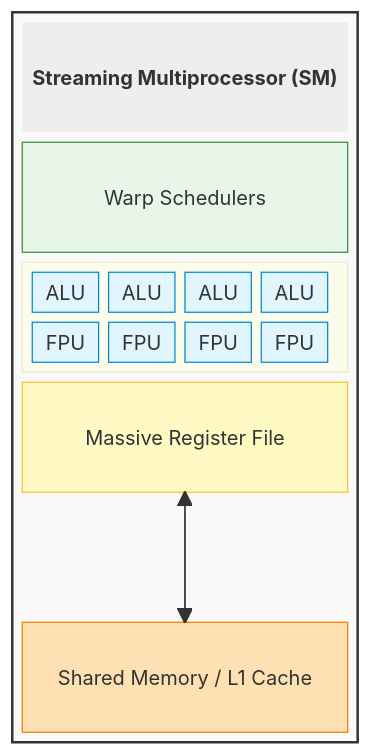
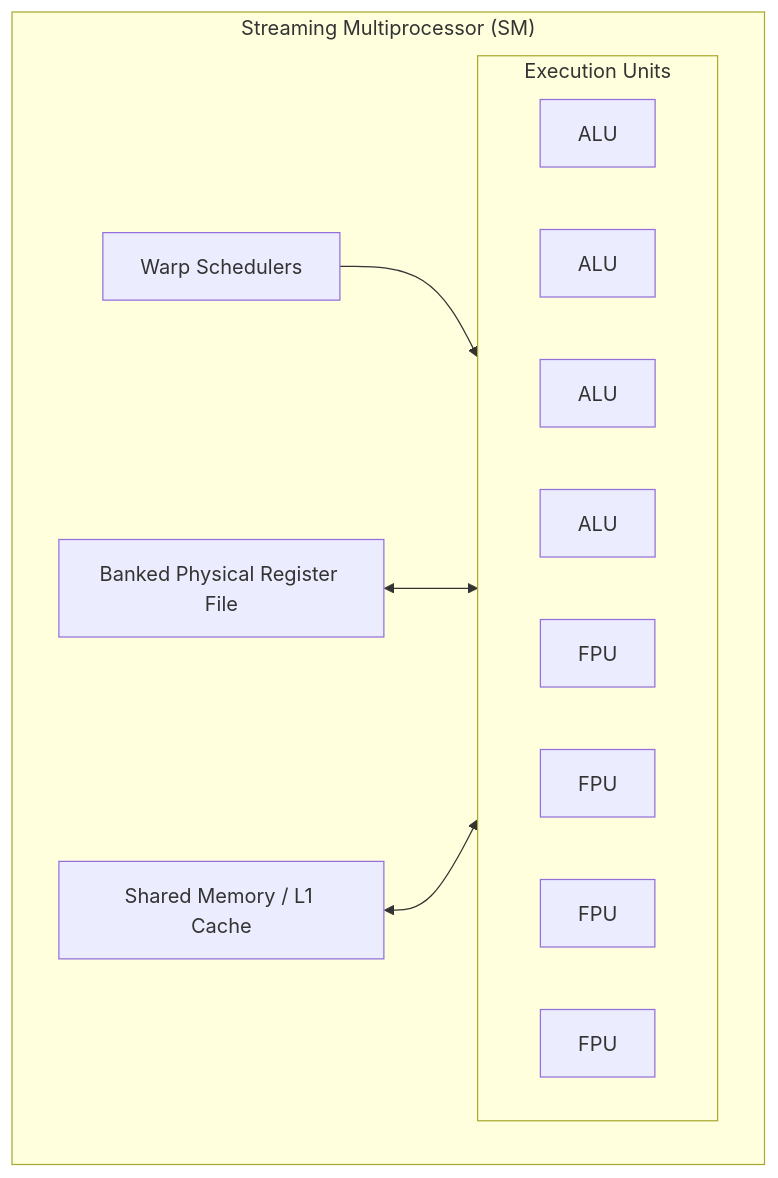
Before and after one commit to Matheus-de-Mello-Vieira/backend-knowledge: the first of 2 diagrams in Operating Systems/GPU.md, drawn with Mermaid. The commit also changed other lines of this file, not shown here.

````diff
--- a/Operating Systems/GPU.md
+++ b/Operating Systems/GPU.md
@@ -21,37 +19,24 @@
 ```mermaid
-block-beta
-columns 1
+flowchart TD
+    subgraph SM["Streaming Multiprocessor (SM)"]
+        WS["Warp Schedulers"]
+        RF["Banked Physical Register File"]
+        MEM["Shared Memory / L1 Cache"]
 
-block:sm1:2
-  columns 1
-  c1title["Streaming Multiprocessor (SM)"]
-  c1warp["Warp Schedulers"]
+        subgraph EU["Execution Units"]
+            direction LR
+            A1["ALU"]
+            A2["ALU"]
+            A3["ALU"]
+            A4["ALU"]
+            F1["FPU"]
+            F2["FPU"]
+            F3["FPU"]
+            F4["FPU"]
+        end
 
-  block:compute:1
-    columns 4
-    a1["ALU"] a2["ALU"] a3["ALU"] a4["ALU"]
-    f1["FPU"] f2["FPU"] f3["FPU"] f4["FPU"]
-  end
-
-  c1reg["Massive Register File"]
-  space
-  c1l1["Shared Memory / L1 Cache"]
-end
-
-c1reg --> c1l1
-c1l1 --> c1reg
-
-classDef core fill:#f9f9f9,stroke:#333,stroke-width:2px;
-classDef compute fill:#e1f5fe,stroke:#0288d1;
-classDef register fill:#fff9c4,stroke:#fbc02d;
-classDef manager fill:#e8f5e9,stroke:#388e3c;
-classDef cache fill:#ffe0b2,stroke:#f57c00;
-classDef title font-weight:bold,fill:#eee,stroke:none;
-
-class sm1 core
-class a1,a2,a3,a4,f1,f2,f3,f4 compute
-class c1reg register
-class c1warp manager
-class c1l1 cache
-class c1title title
+        WS --> EU
+        RF <--> EU
+        MEM <--> EU
+    end
 ```
````
